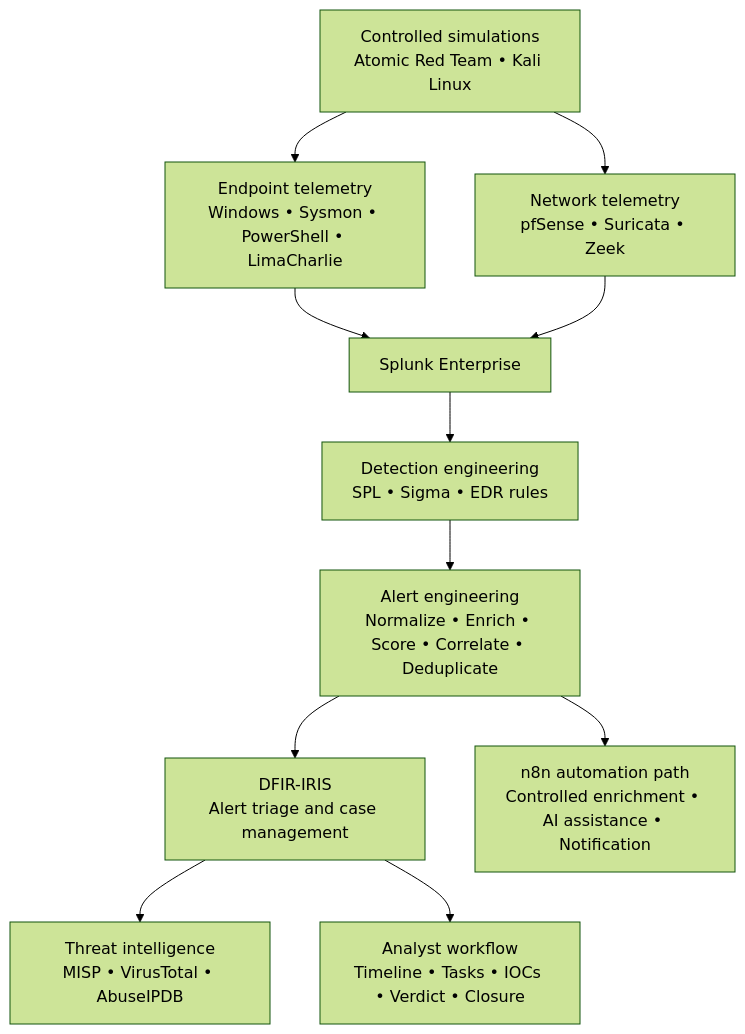
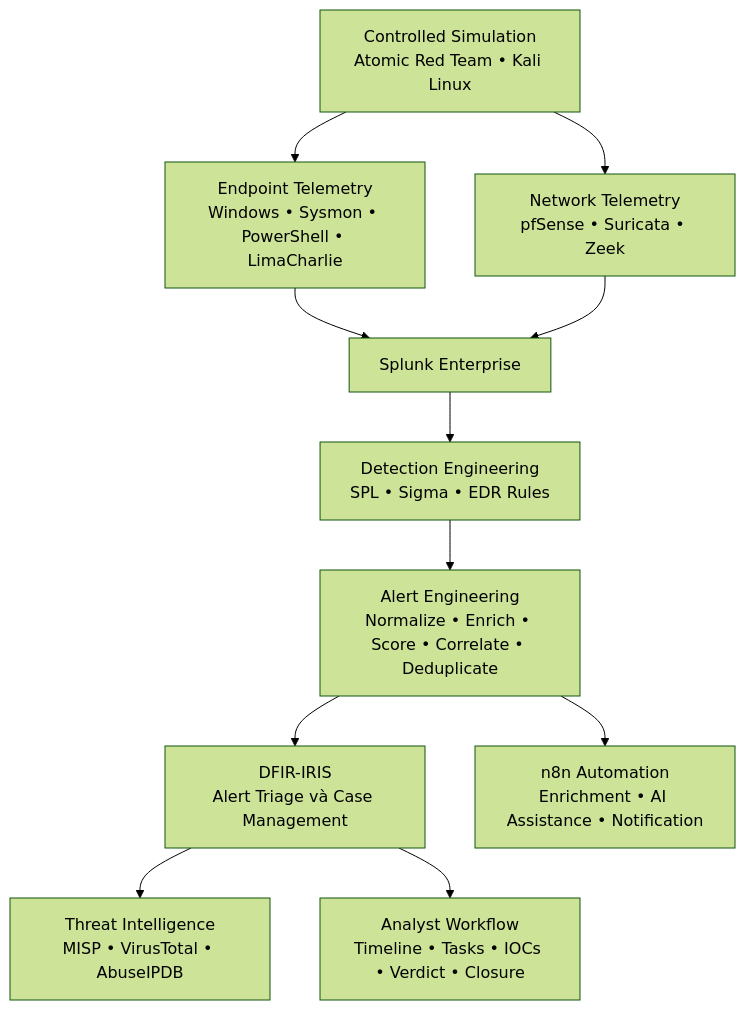
Before and after one commit to longnt05-afk/SOAR_HomeLab: the first of 2 diagrams in README.md, drawn with Mermaid (forest theme). The commit also changed other lines of this file, not shown here.

````diff
--- a/README.md
+++ b/README.md
@@ -127,13 +127,13 @@
 ```mermaid
 flowchart TD
-    A["Endpoint telemetry<br/>Windows • Sysmon • PowerShell • LimaCharlie"] --> E["Splunk Enterprise"]
-    B["Network telemetry<br/>pfSense • Suricata • Zeek"] --> E
-    C["Controlled simulations<br/>Atomic Red Team • Kali Linux"] --> A
+    A["Endpoint Telemetry<br/>Windows • Sysmon • PowerShell • LimaCharlie"] --> E["Splunk Enterprise"]
+    B["Network Telemetry<br/>pfSense • Suricata • Zeek"] --> E
+    C["Controlled Simulation<br/>Atomic Red Team • Kali Linux"] --> A
     C --> B
-    E --> F["Detection engineering<br/>SPL • Sigma • EDR rules"]
-    F --> G["Alert engineering<br/>Normalize • Enrich • Score • Correlate • Deduplicate"]
-    G --> H["DFIR-IRIS<br/>Alert triage and case management"]
-    H --> I["Threat intelligence<br/>MISP • VirusTotal • AbuseIPDB"]
-    H --> J["Analyst workflow<br/>Timeline • Tasks • IOCs • Verdict • Closure"]
-    G --> K["n8n automation path<br/>Controlled enrichment • AI assistance • Notification"]
+    E --> F["Detection Engineering<br/>SPL • Sigma • EDR Rules"]
+    F --> G["Alert Engineering<br/>Normalize • Enrich • Score • Correlate • Deduplicate"]
+    G --> H["DFIR-IRIS<br/>Alert Triage và Case Management"]
+    H --> I["Threat Intelligence<br/>MISP • VirusTotal • AbuseIPDB"]
+    H --> J["Analyst Workflow<br/>Timeline • Tasks • IOCs • Verdict • Closure"]
+    G --> K["n8n Automation<br/>Enrichment • AI Assistance • Notification"]
 ```
````
